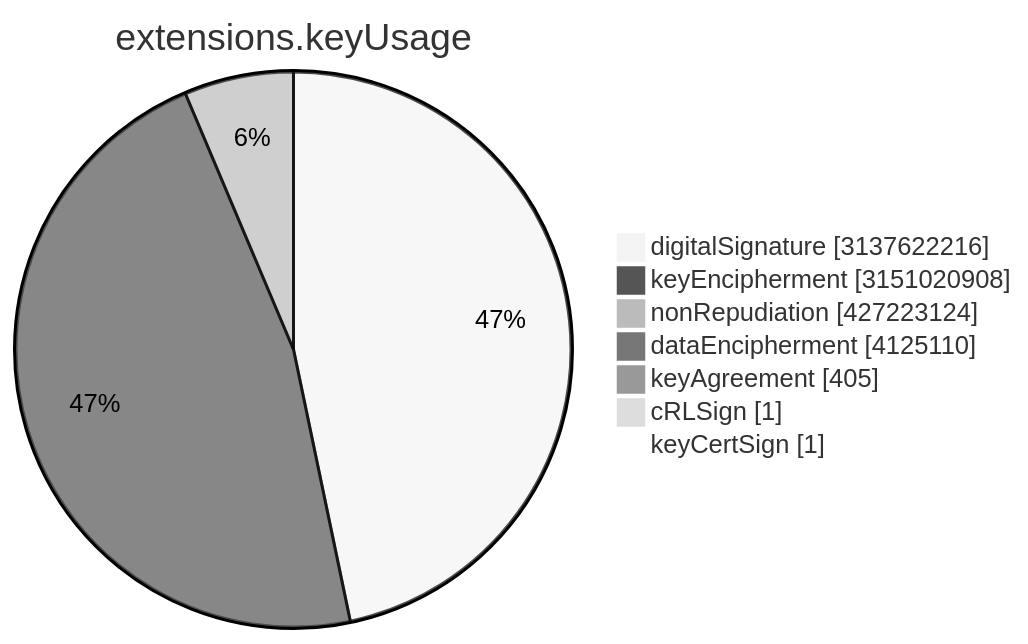
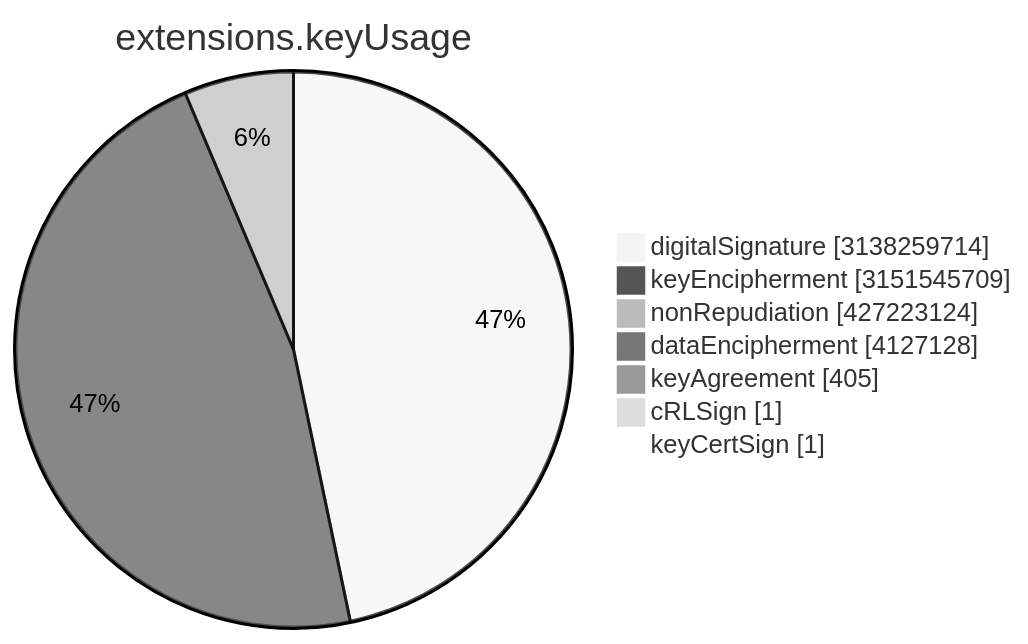
The sixth of 15 diagrams in TOTAL/README.md (christiankrug/ctmonitor_visualization), drawn with Mermaid (neutral theme) before and after one commit. The commit also changed other lines of this file, not shown here.

````diff
--- a/TOTAL/README.md
+++ b/TOTAL/README.md
@@ -3077,11 +3077,11 @@
 ```mermaid
 pie showData
 title extensions.keyUsage
-"digitalSignature" :3137622216
-"keyEncipherment" :3151020908
+"digitalSignature" :3138259714
+"keyEncipherment" :3151545709
 "nonRepudiation" :427223124
-"dataEncipherment" :4125110
+"dataEncipherment" :4127128
 "keyAgreement" :405
 "cRLSign" :1
 "keyCertSign" :1
 ```
````
